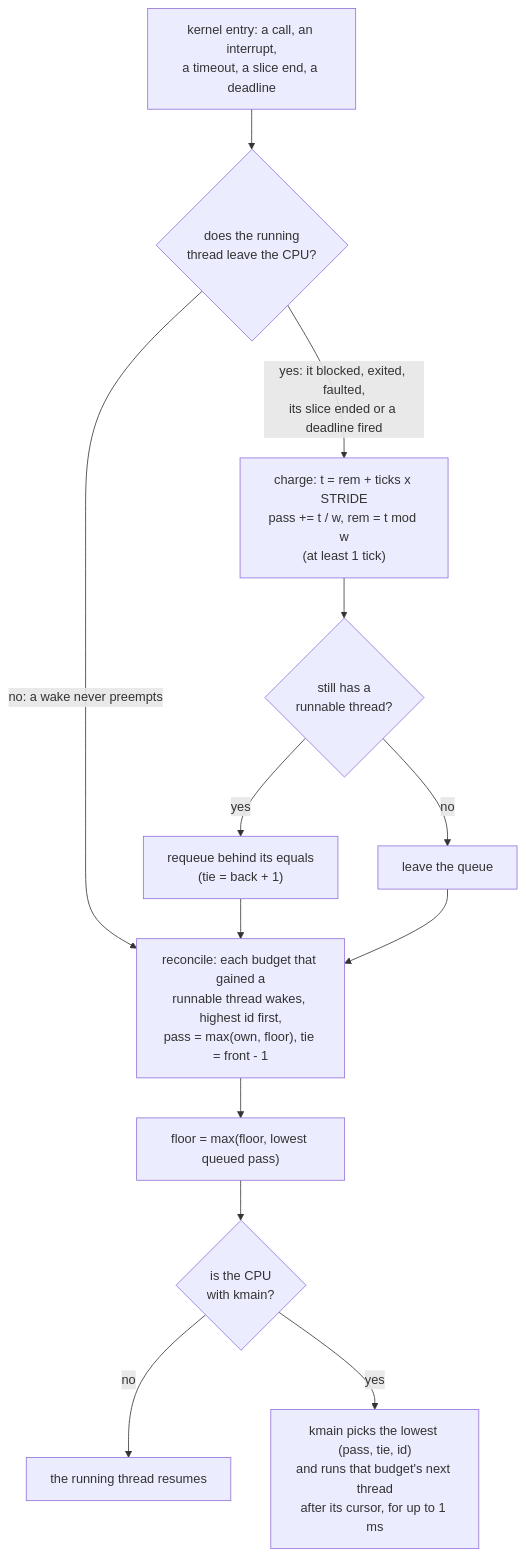
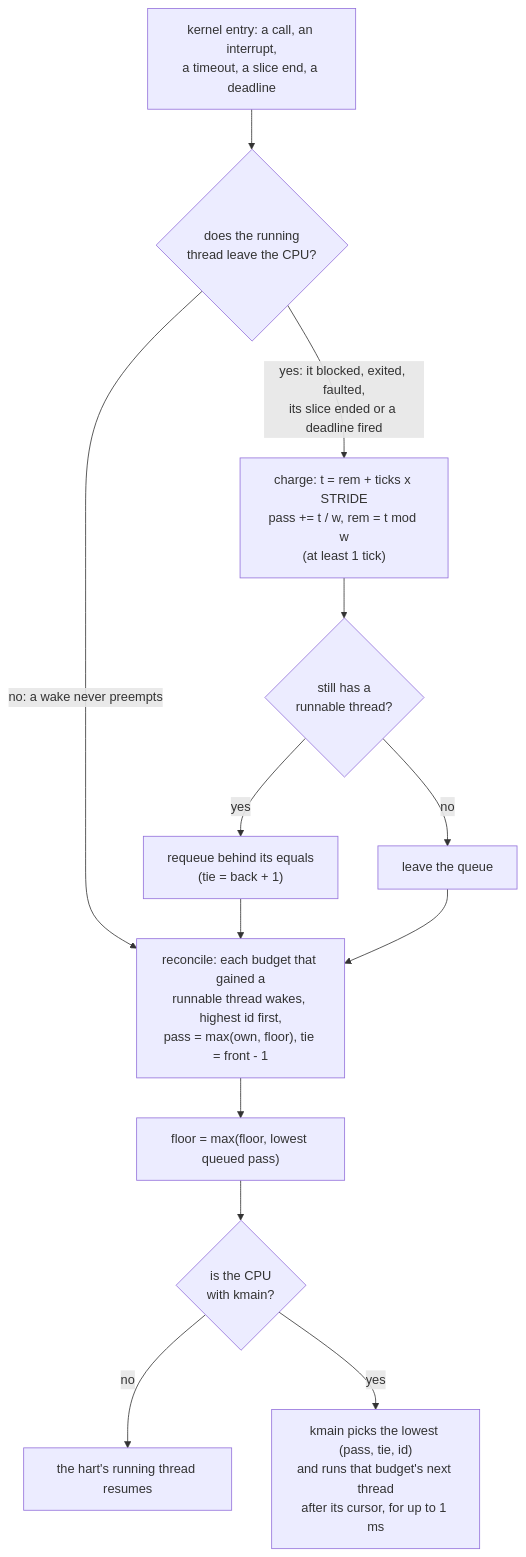
Before and after one commit to sirmick/redoubt: the diagram in docs/kernel/scheduling.md, drawn with Mermaid. The commit also changed other lines of this file and 48 other files, not shown here.

````diff
--- a/docs/kernel/scheduling.md
+++ b/docs/kernel/scheduling.md
@@ -179,15 +179,15 @@
 ```mermaid
 flowchart TD
     K["kernel entry: a call, an interrupt,<br/>a timeout, a slice end, a deadline"] --> D{"does the running<br/>thread leave the CPU?"}
     D -- "no: a wake never preempts" --> REC
     D -- "yes: it blocked, exited, faulted,<br/>its slice ended or a deadline fired" --> F["charge: t = rem + ticks x STRIDE<br/>pass += t / w, rem = t mod w<br/>(at least 1 tick)"]
     F --> S{"still has a<br/>runnable thread?"}
     S -- yes --> RQ["requeue behind its equals<br/>(tie = back + 1)"]
     S -- no --> LV[leave the queue]
     RQ --> REC
     LV --> REC
     REC["reconcile: each budget that gained a<br/>runnable thread wakes, highest id first,<br/>pass = max(own, floor), tie = front - 1"] --> FL["floor = max(floor, lowest queued pass)"]
     FL --> R{"is the CPU<br/>with kmain?"}
-    R -- no --> RUN[the running thread resumes]
+    R -- no --> RUN[the hart's running thread resumes]
     R -- yes --> P["kmain picks the lowest (pass, tie, id)<br/>and runs that budget's next thread<br/>after its cursor, for up to 1 ms"]
 ```
````
